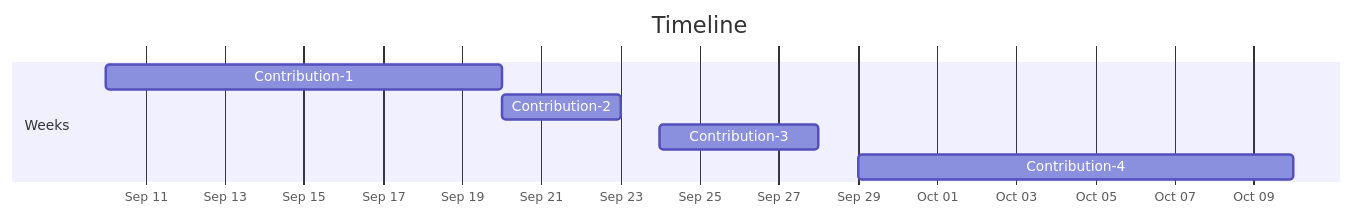
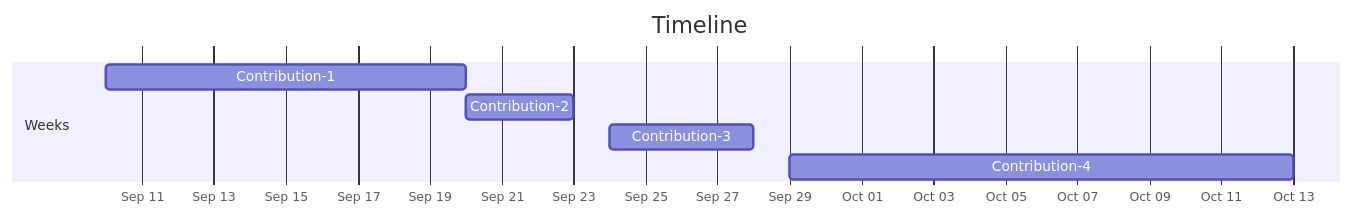
One commit to JOSA-OpenLab/Basheer-Al-Jarrah changed the diagram in Month5/Calendar and Timeline.md. Above: the diagram before and after it, drawn with Mermaid. The commit also changed other lines of this file, not shown here.

Commit message:
docs(month-5): update contribution-4 timeline

````diff
--- a/Month5/Calendar and Timeline.md
+++ b/Month5/Calendar and Timeline.md
@@ -16,11 +16,11 @@
 ```mermaid
 gantt
     title Timeline
     dateFormat YYYY-MM-DD
     axisFormat %b %d
     section Weeks
     Contribution-1 :C1, 2026-09-10, 2026-09-20
     Contribution-2 :C2, 2026-09-20, 2026-09-23
     Contribution-3 :C3, 2026-09-24, 2026-09-28
-    Contribution-4 :C4, 2026-09-29, 2026-10-10
+    Contribution-4 :C4, 2026-09-29, 2026-10-13
 ```
````
